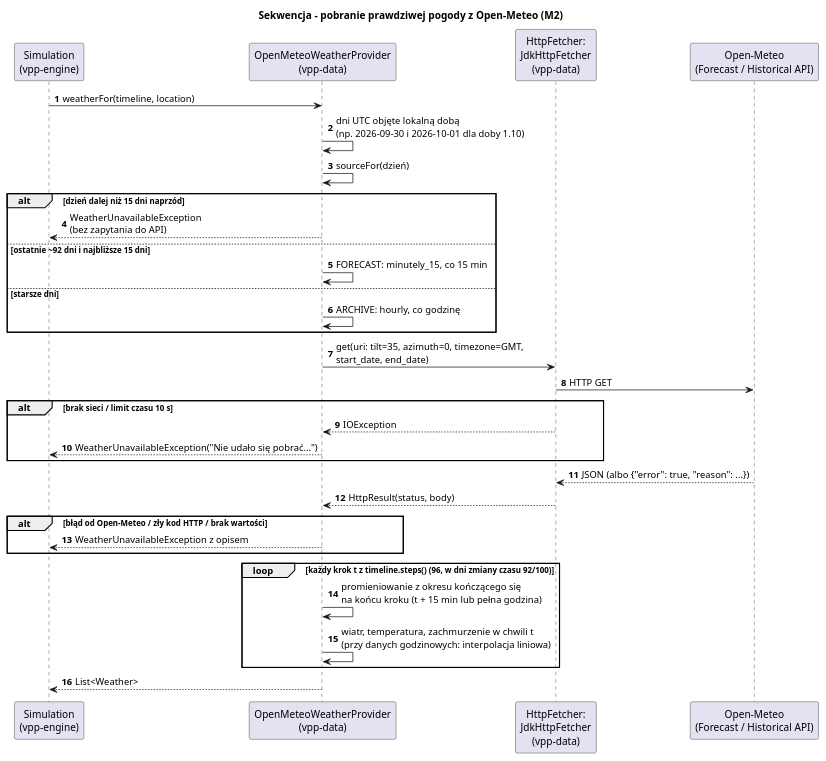
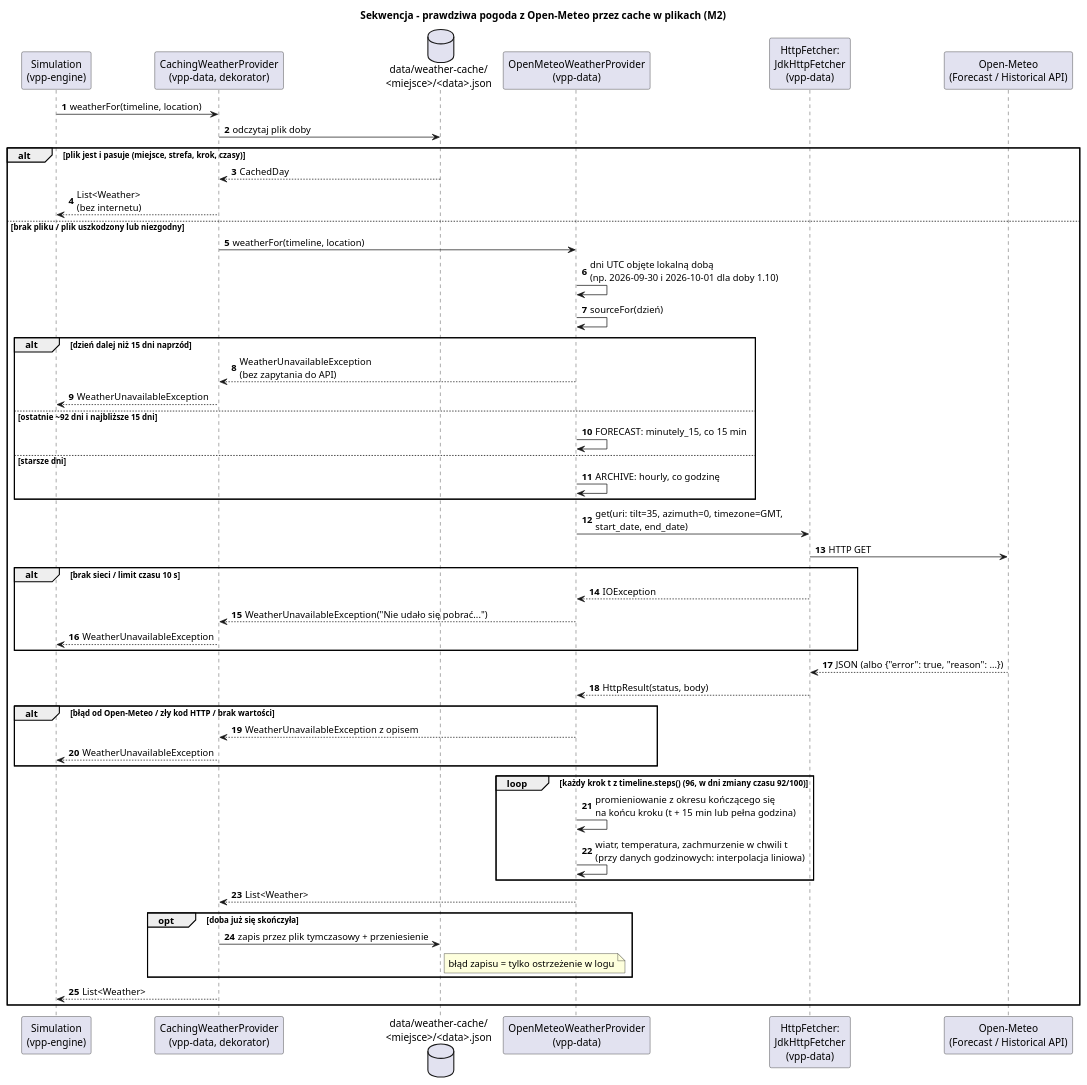
One commit to M-zielson/po2026 changed the diagram in projekt/uml/02-sekwencja-pogoda-open-meteo.puml. Above: the diagram before and after it, drawn with PlantUML. The commit also changed 18 other files, not shown here.

Commit message:
feat(data): CachingWeatherProvider (dekorator) i --weather w trybie konsolowym; dni demo bez internetu

```diff
--- a/projekt/uml/02-sekwencja-pogoda-open-meteo.puml
+++ b/projekt/uml/02-sekwencja-pogoda-open-meteo.puml
@@ -1,38 +1,55 @@
 @startuml
-title Sekwencja - pobranie prawdziwej pogody z Open-Meteo (M2)
+title Sekwencja - prawdziwa pogoda z Open-Meteo przez cache w plikach (M2)
 autonumber
 
 participant "Simulation\n(vpp-engine)" as Sim
+participant "CachingWeatherProvider\n(vpp-data, dekorator)" as Cache
+database "data/weather-cache/\n<miejsce>/<data>.json" as Files
 participant "OpenMeteoWeatherProvider\n(vpp-data)" as Provider
 participant "HttpFetcher:\nJdkHttpFetcher\n(vpp-data)" as Http
 participant "Open-Meteo\n(Forecast / Historical API)" as Api
 
-Sim -> Provider : weatherFor(timeline, location)
-Provider -> Provider : dni UTC objęte lokalną dobą\n(np. 2026-09-30 i 2026-10-01 dla doby 1.10)
-Provider -> Provider : sourceFor(dzień)
-alt dzień dalej niż 15 dni naprzód
-    Provider --> Sim : WeatherUnavailableException\n(bez zapytania do API)
-else ostatnie ~92 dni i najbliższe 15 dni
-    Provider -> Provider : FORECAST: minutely_15, co 15 min
-else starsze dni
-    Provider -> Provider : ARCHIVE: hourly, co godzinę
+Sim -> Cache : weatherFor(timeline, location)
+Cache -> Files : odczytaj plik doby
+alt plik jest i pasuje (miejsce, strefa, krok, czasy)
+    Files --> Cache : CachedDay
+    Cache --> Sim : List<Weather>\n(bez internetu)
+else brak pliku / plik uszkodzony lub niezgodny
+    Cache -> Provider : weatherFor(timeline, location)
+    Provider -> Provider : dni UTC objęte lokalną dobą\n(np. 2026-09-30 i 2026-10-01 dla doby 1.10)
+    Provider -> Provider : sourceFor(dzień)
+    alt dzień dalej niż 15 dni naprzód
+        Provider --> Cache : WeatherUnavailableException\n(bez zapytania do API)
+        Cache --> Sim : WeatherUnavailableException
+    else ostatnie ~92 dni i najbliższe 15 dni
+        Provider -> Provider : FORECAST: minutely_15, co 15 min
+    else starsze dni
+        Provider -> Provider : ARCHIVE: hourly, co godzinę
+    end
+
+    Provider -> Http : get(uri: tilt=35, azimuth=0, timezone=GMT,\nstart_date, end_date)
+    Http -> Api : HTTP GET
+    alt brak sieci / limit czasu 10 s
+        Http --> Provider : IOException
+        Provider --> Cache : WeatherUnavailableException("Nie udało się pobrać...")
+        Cache --> Sim : WeatherUnavailableException
+    end
+    Api --> Http : JSON (albo {"error": true, "reason": ...})
+    Http --> Provider : HttpResult(status, body)
+    alt błąd od Open-Meteo / zły kod HTTP / brak wartości
+        Provider --> Cache : WeatherUnavailableException z opisem
+        Cache --> Sim : WeatherUnavailableException
+    end
+
+    loop każdy krok t z timeline.steps() (96, w dni zmiany czasu 92/100)
+        Provider -> Provider : promieniowanie z okresu kończącego się\nna końcu kroku (t + 15 min lub pełna godzina)
+        Provider -> Provider : wiatr, temperatura, zachmurzenie w chwili t\n(przy danych godzinowych: interpolacja liniowa)
+    end
+    Provider --> Cache : List<Weather>
+    opt doba już się skończyła
+        Cache -> Files : zapis przez plik tymczasowy + przeniesienie
+        note right of Files : błąd zapisu = tylko ostrzeżenie w logu
+    end
+    Cache --> Sim : List<Weather>
 end
-
-Provider -> Http : get(uri: tilt=35, azimuth=0, timezone=GMT,\nstart_date, end_date)
-Http -> Api : HTTP GET
-alt brak sieci / limit czasu 10 s
-    Http --> Provider : IOException
-    Provider --> Sim : WeatherUnavailableException("Nie udało się pobrać...")
-end
-Api --> Http : JSON (albo {"error": true, "reason": ...})
-Http --> Provider : HttpResult(status, body)
-alt błąd od Open-Meteo / zły kod HTTP / brak wartości
-    Provider --> Sim : WeatherUnavailableException z opisem
-end
-
-loop każdy krok t z timeline.steps() (96, w dni zmiany czasu 92/100)
-    Provider -> Provider : promieniowanie z okresu kończącego się\nna końcu kroku (t + 15 min lub pełna godzina)
-    Provider -> Provider : wiatr, temperatura, zachmurzenie w chwili t\n(przy danych godzinowych: interpolacja liniowa)
-end
-Provider --> Sim : List<Weather>
 @enduml
```
